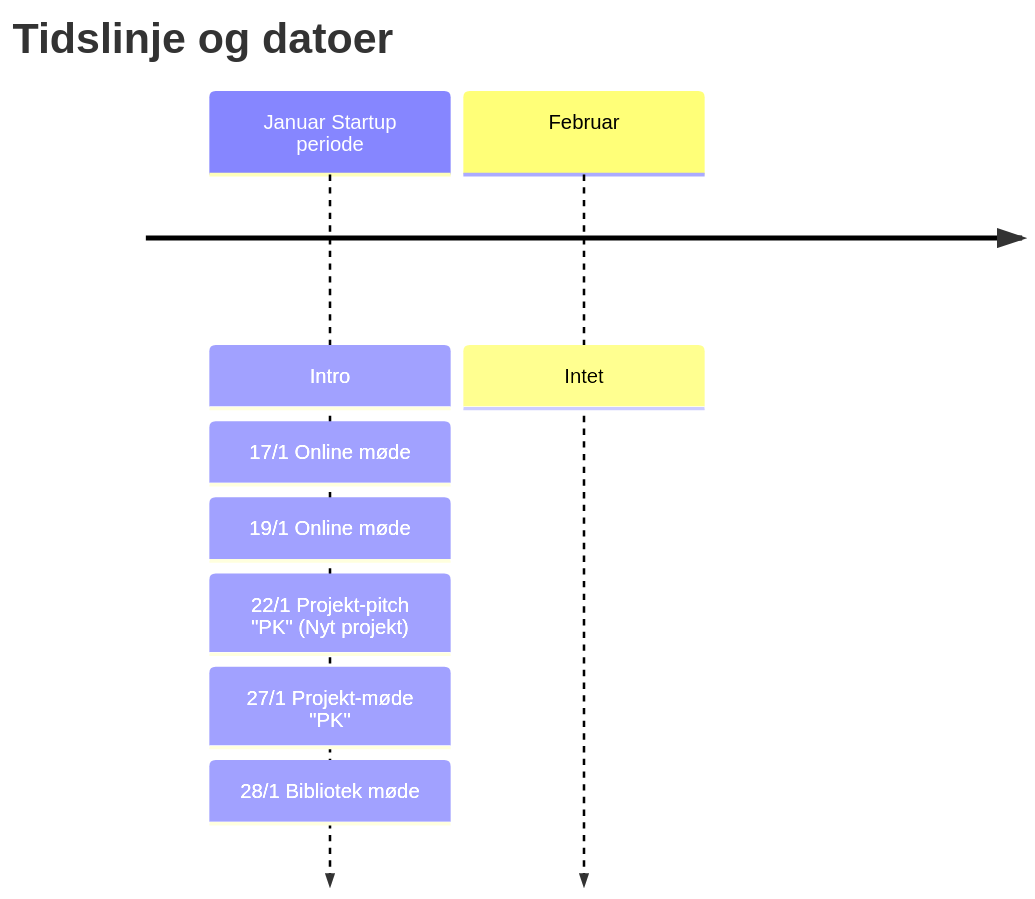
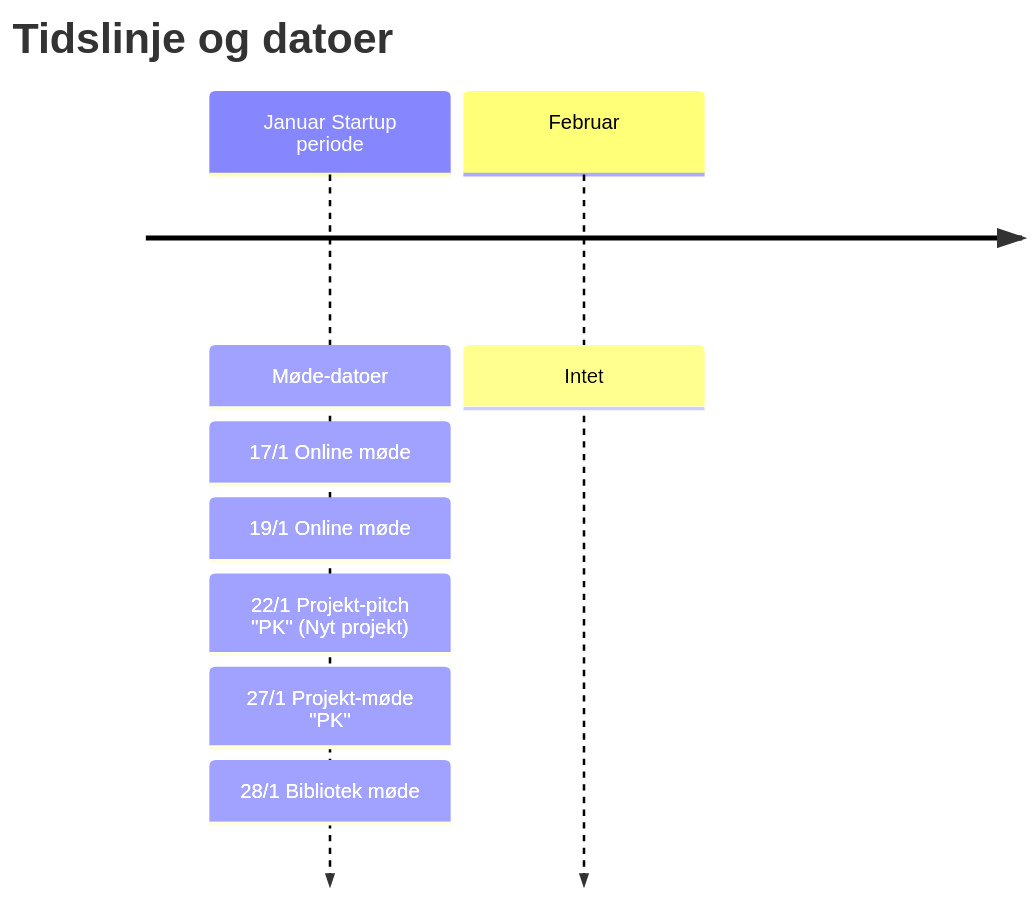
One commit to Rosenorn-Solutions/Praktik_Opgaver changed the first of 2 diagrams in README.md. Above: the diagram before and after it, drawn with Mermaid.

````diff
--- a/README.md
+++ b/README.md
@@ -47,11 +47,11 @@
 ```mermaid
 timeline
     title Tidslinje og datoer
-    Januar Startup periode : Intro 
+    Januar Startup periode : Møde-datoer 
         : 17/1 Online møde
         : 19/1 Online møde
         : 22/1 Projekt-pitch "PK" (Nyt projekt)
         : 27/1 Projekt-møde "PK" 
         : 28/1 Bibliotek møde
     Februar : Intet 
 ```
````
